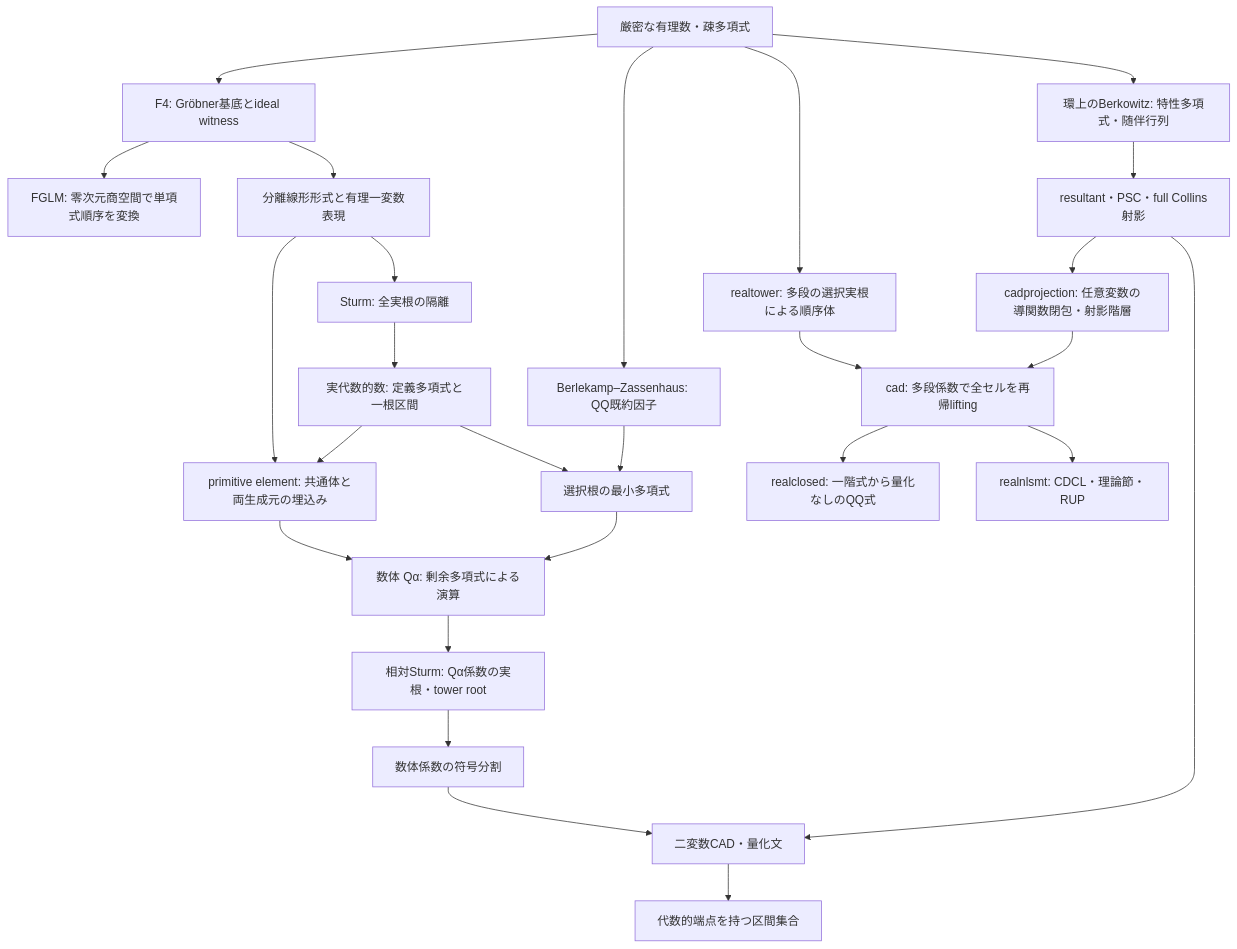
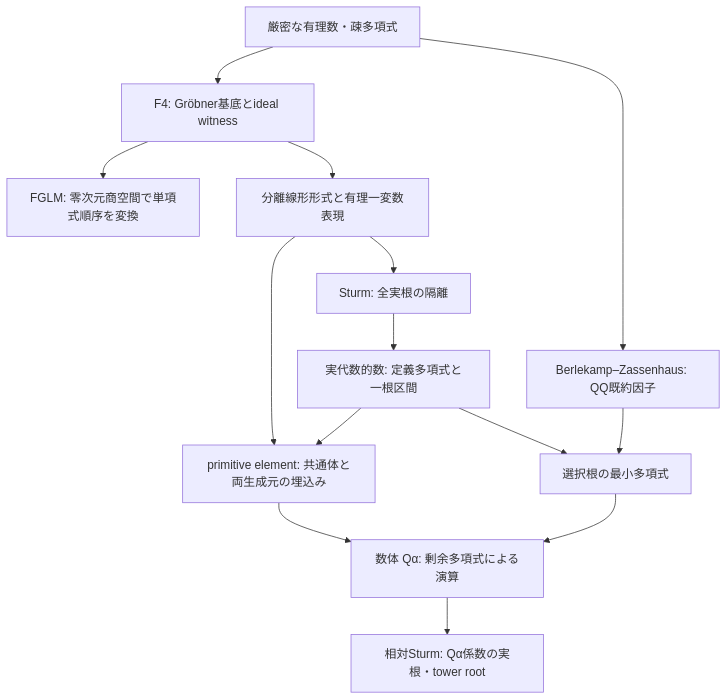
One commit to Hosi121/morph changed the diagram in docs/handbook/algebraic-solving.md. Above: the diagram before and after it, drawn with Mermaid. The commit also changed other lines of this file and 3 other files, not shown here.

````diff
--- a/docs/handbook/algebraic-solving.md
+++ b/docs/handbook/algebraic-solving.md
@@ -14,28 +23,16 @@
 ```mermaid
 flowchart TD
   Q[厳密な有理数・疎多項式] --> F4[F4: Gröbner基底とideal witness]
   F4 --> FGLM[FGLM: 零次元商空間で単項式順序を変換]
   F4 --> RUR[分離線形形式と有理一変数表現]
   RUR --> ST[Sturm: 全実根の隔離]
   ST --> RA[実代数的数: 定義多項式と一根区間]
   Q --> Z[Berlekamp–Zassenhaus: QQ既約因子]
   Z --> MIN[選択根の最小多項式]
   RA --> MIN
   MIN --> K[数体 Qα: 剰余多項式による演算]
   RA --> C[primitive element: 共通体と両生成元の埋込み]
   RUR --> C
   C --> K
   K --> OS[相対Sturm: Qα係数の実根・tower root]
-  OS --> RC[数体係数の符号分割]
-  B --> E[resultant・PSC・full Collins射影]
-  E --> CAD[二変数CAD・量化文]
-  RC --> CAD
-  CAD --> SET[代数的端点を持つ区間集合]
-  Q --> T[realtower: 多段の選択実根による順序体]
-  E --> CP[cadprojection: 任意変数の導関数閉包・射影階層]
-  CP --> GC[cad: 多段係数で全セルを再帰lifting]
-  T --> GC
-  GC --> QE[realclosed: 一階式から量化なしのQQ式]
-  GC --> SMT[realnlsmt: CDCL・理論節・RUP]
-  Q --> B[環上のBerkowitz: 特性多項式・随伴行列]
 ```
````
